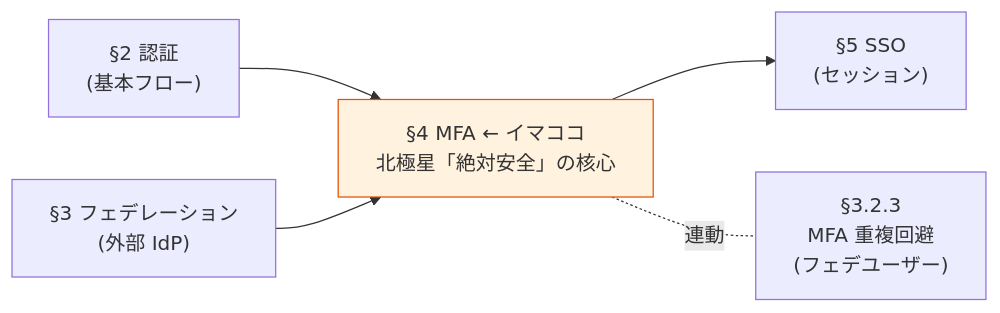
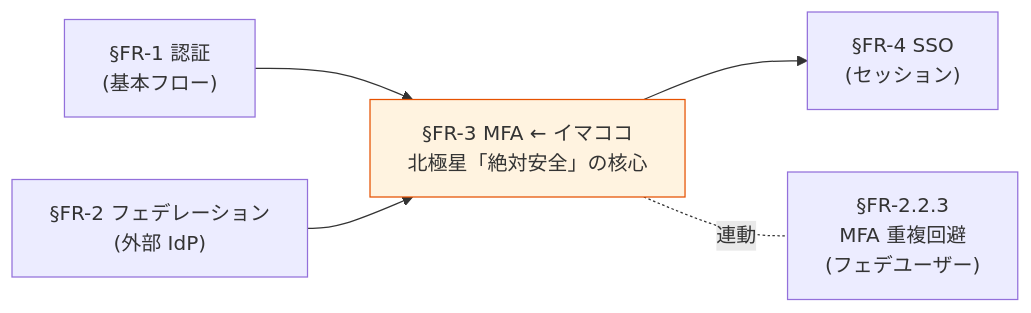
One commit to suepie/aws-atuh-poc changed the first of 2 diagrams in doc/requirements/proposal/fr/03-mfa.md. Above: the diagram before and after it, drawn with Mermaid. The commit also changed other lines of this file and 30 other files, not shown here.

````diff
--- a/doc/requirements/proposal/fr/03-mfa.md
+++ b/doc/requirements/proposal/fr/03-mfa.md
@@ -23,15 +23,15 @@
 ```mermaid
 flowchart LR
-    S2["§2 認証<br/>(基本フロー)"]
-    S3["§3 フェデレーション<br/>(外部 IdP)"]
-    S4["§4 MFA ← イマココ<br/>北極星「絶対安全」の核心"]
-    S5["§5 SSO<br/>(セッション)"]
-    S323["§3.2.3<br/>MFA 重複回避<br/>(フェデユーザー)"]
+    S2["§FR-1 認証<br/>(基本フロー)"]
+    S3["§FR-2 フェデレーション<br/>(外部 IdP)"]
+    S4["§FR-3 MFA ← イマココ<br/>北極星「絶対安全」の核心"]
+    S5["§FR-4 SSO<br/>(セッション)"]
+    S323["§FR-2.2.3<br/>MFA 重複回避<br/>(フェデユーザー)"]
 
     S2 --> S4
     S3 --> S4
     S4 --> S5
     S4 -.連動.- S323
 
     style S4 fill:#fff3e0,stroke:#e65100
 ```
````
